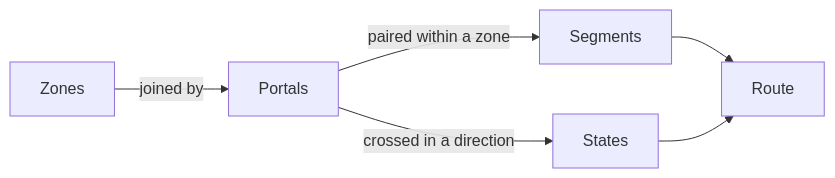
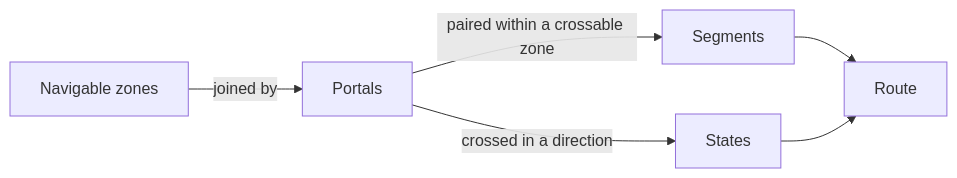
Before and after one commit to JanusWebHub/BFW_Wegweiser: the diagram in docs/design/system-model.md, drawn with Mermaid. The commit also changed other lines of this file and 16 other files, not shown here.

````diff
--- a/docs/design/system-model.md
+++ b/docs/design/system-model.md
@@ -5,8 +5,8 @@
 ```mermaid
 flowchart LR
-Z[Zones] -->|joined by| P[Portals]
-P -->|paired within a zone| S[Segments]
+Z[Navigable zones] -->|joined by| P[Portals]
+P -->|paired within a crossable zone| S[Segments]
 P -->|crossed in a direction| T[States]
 S --> R[Route]
 T --> R
 ```
````
